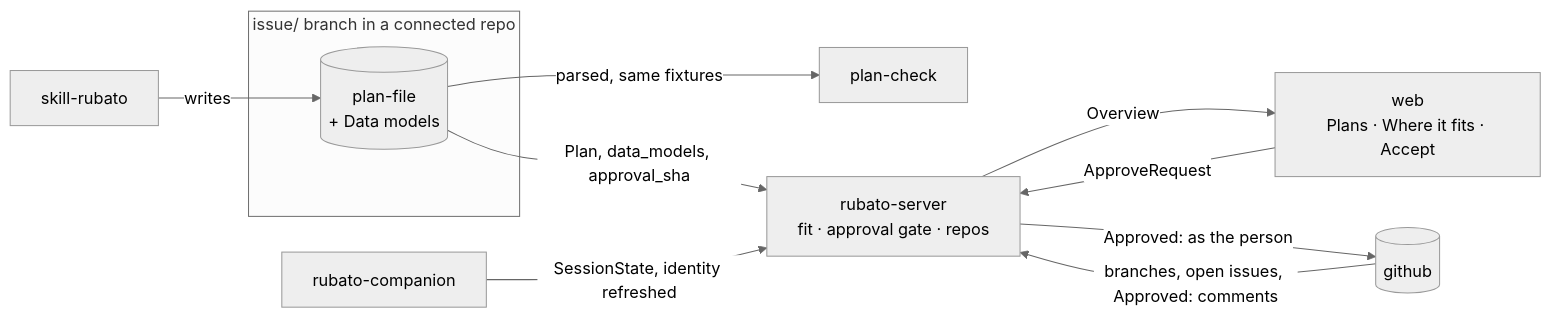
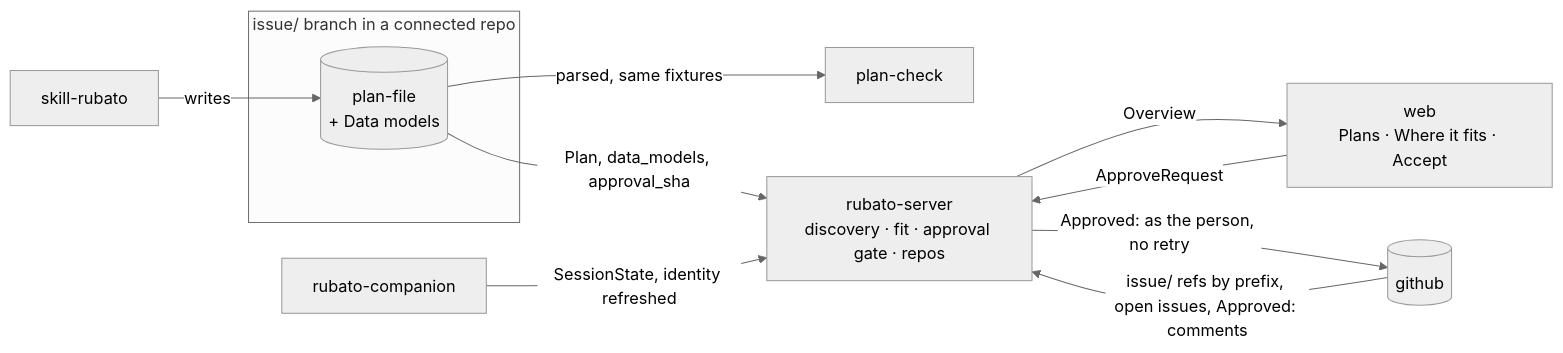
The first of 2 diagrams in docs/plans/80-plans-in-view/design.md (m0x6A/rubato), drawn with Mermaid (neutral theme) before and after one commit. The commit also changed other lines of this file and 3 other files, not shown here.

````diff
--- a/docs/plans/80-plans-in-view/design.md
+++ b/docs/plans/80-plans-in-view/design.md
@@ -7,14 +12,14 @@
 ```mermaid
 flowchart LR
   subgraph repo[issue/ branch in a connected repo]
     pf[(plan-file<br/>+ Data models)]
   end
   skill[skill-rubato] -->|writes| pf
   pf -->|parsed, same fixtures| pc[plan-check]
   pf -->|Plan, data_models, approval_sha| srv
   comp[rubato-companion] -->|SessionState, identity refreshed| srv
-  gh[(github)] -->|branches, open issues, Approved: comments| srv
-  srv[rubato-server<br/>fit · approval gate · repos] -->|Overview| web[web<br/>Plans · Where it fits · Accept]
+  gh[(github)] -->|issue/ refs by prefix, open issues, Approved: comments| srv
+  srv[rubato-server<br/>discovery · fit · approval gate · repos] -->|Overview| web[web<br/>Plans · Where it fits · Accept]
   web -->|ApproveRequest| srv
-  srv -->|Approved: as the person| gh
+  srv -->|Approved: as the person, no retry| gh
 ```
````
